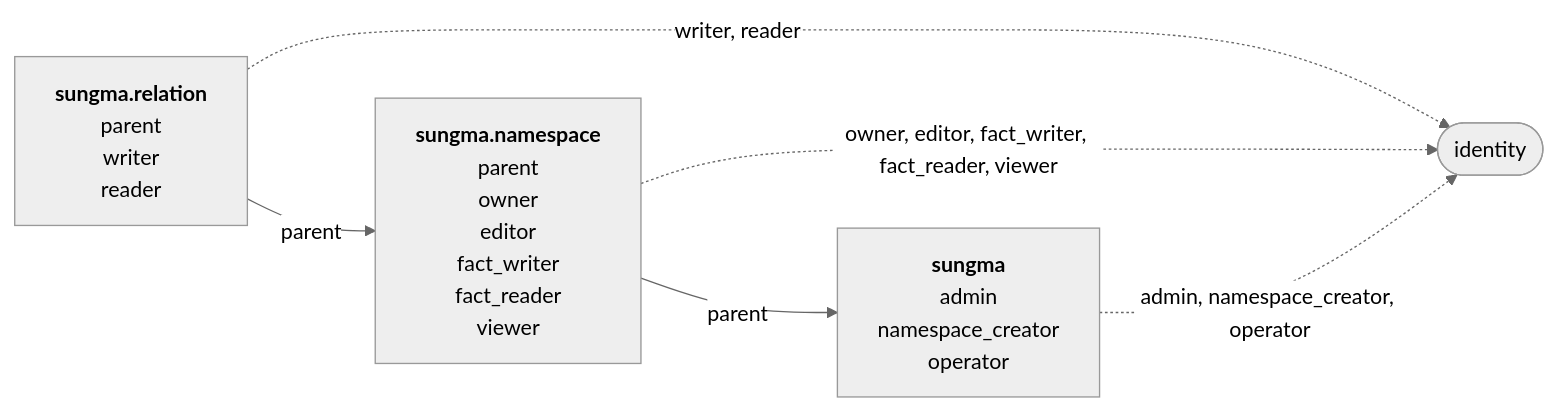
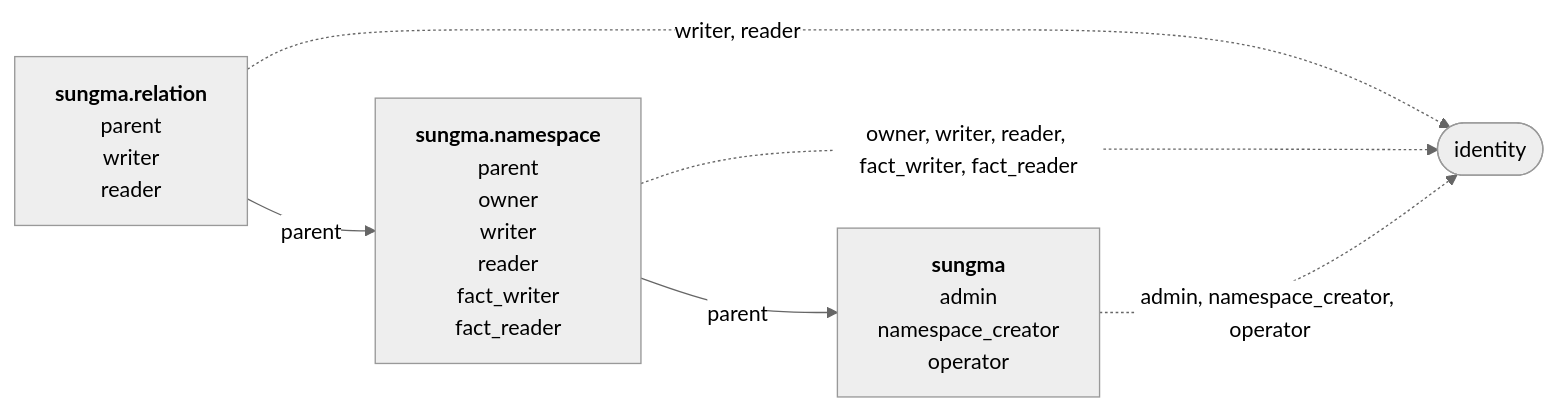
One commit to marklauter/Sungma changed the diagram in docs/specs/sungma-authorization.md. Above: the diagram before and after it, drawn with Mermaid (neutral theme). The commit also changed other lines of this file, not shown here.

First line of the commit message:
Name the namespace document's roles writer and reader

````diff
--- a/docs/specs/sungma-authorization.md
+++ b/docs/specs/sungma-authorization.md
@@ -62,12 +62,12 @@
 ```mermaid
 flowchart LR
   relation["<b>sungma.relation</b><br/>parent<br/>writer<br/>reader"]
-  namespace["<b>sungma.namespace</b><br/>parent<br/>owner<br/>editor<br/>fact_writer<br/>fact_reader<br/>viewer"]
+  namespace["<b>sungma.namespace</b><br/>parent<br/>owner<br/>writer<br/>reader<br/>fact_writer<br/>fact_reader"]
   sungma["<b>sungma</b><br/>admin<br/>namespace_creator<br/>operator"]
   identity(["identity"])
   relation -- parent --> namespace
   namespace -- parent --> sungma
   relation -. "writer, reader" .-> identity
-  namespace -. "owner, editor, fact_writer, fact_reader, viewer" .-> identity
+  namespace -. "owner, writer, reader, fact_writer, fact_reader" .-> identity
   sungma -. "admin, namespace_creator, operator" .-> identity
 ```
````
